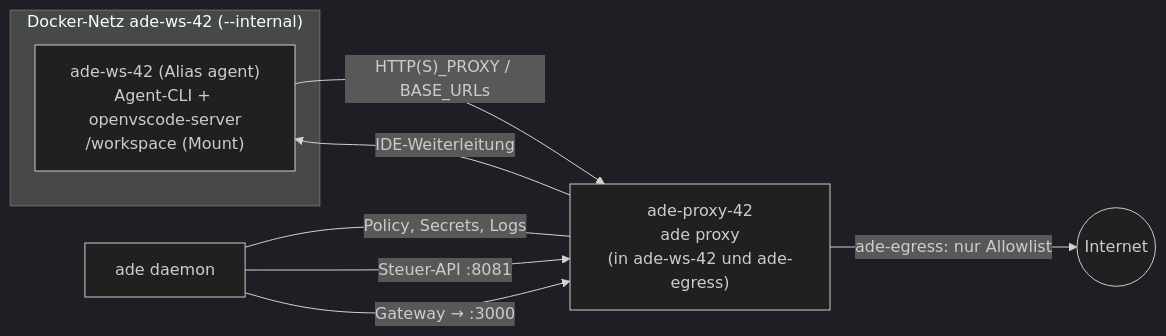
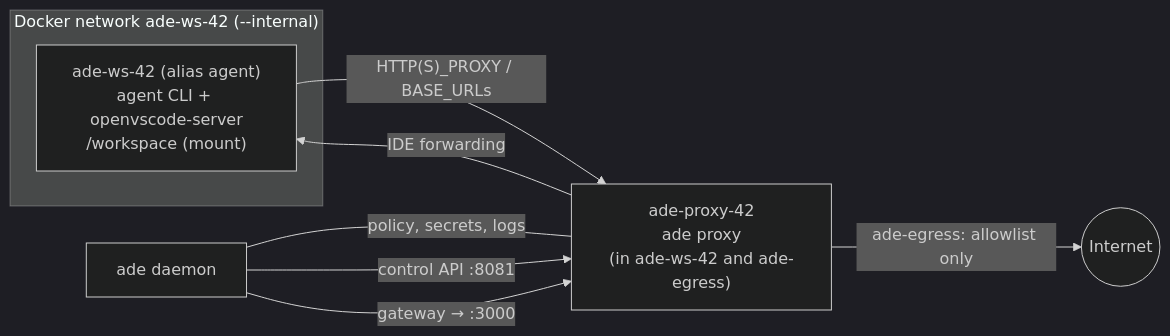
Before and after one commit to DavidW475/ade: the diagram in doc/sandbox.md, drawn with Mermaid (dark theme). The commit also changed other lines of this file and 32 other files, not shown here.

````diff
--- a/doc/sandbox.md
+++ b/doc/sandbox.md
@@ -12,16 +12,16 @@
 ```mermaid
 flowchart LR
-    subgraph NI["Docker-Netz ade-ws-42 (--internal)"]
-        A["ade-ws-42 (Alias agent)<br/>Agent-CLI + openvscode-server<br/>/workspace (Mount)"]
+    subgraph NI["Docker network ade-ws-42 (--internal)"]
+        A["ade-ws-42 (alias agent)<br/>agent CLI + openvscode-server<br/>/workspace (mount)"]
     end
-    P["ade-proxy-42<br/>ade proxy<br/>(in ade-ws-42 und ade-egress)"]
+    P["ade-proxy-42<br/>ade proxy<br/>(in ade-ws-42 and ade-egress)"]
     D[ade daemon]
     I((Internet))
 
     A -- "HTTP(S)_PROXY / BASE_URLs" --> P
-    P -- "ade-egress: nur Allowlist" --> I
-    D -- "Policy, Secrets, Logs" --- P
-    D -- "Steuer-API :8081" --> P
-    D -- "Gateway → :3000" --> P
-    P -- "IDE-Weiterleitung" --> A
+    P -- "ade-egress: allowlist only" --> I
+    D -- "policy, secrets, logs" --- P
+    D -- "control API :8081" --> P
+    D -- "gateway → :3000" --> P
+    P -- "IDE forwarding" --> A
 ```
````
